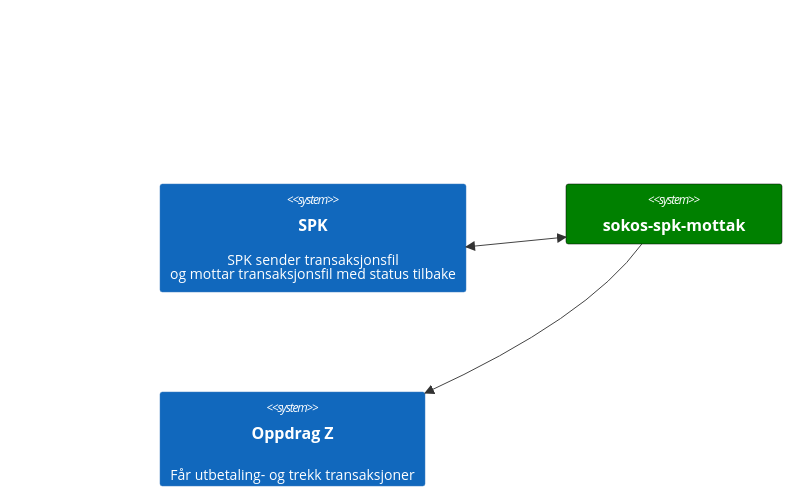
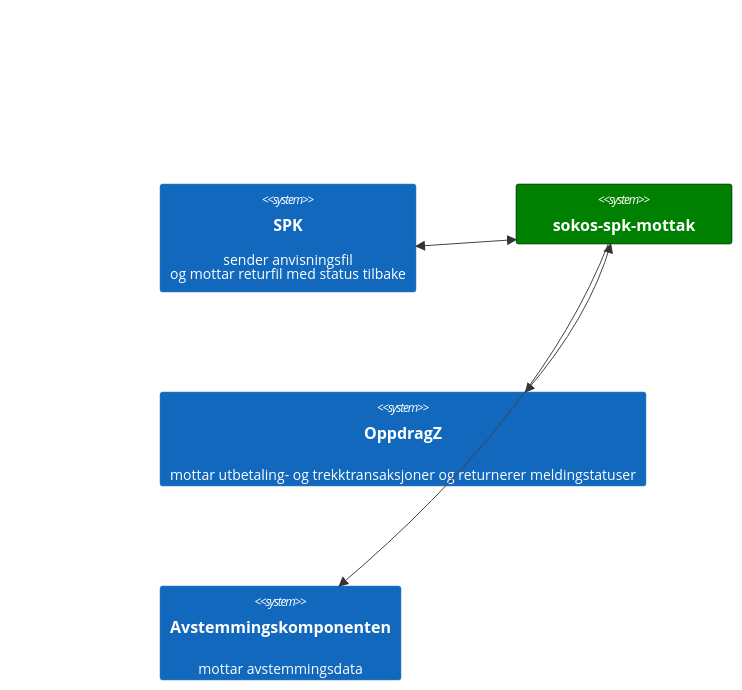
Before and after one commit to navikt/sokos-spk-mottak: the diagram in dokumentasjon/løsningsbeskrivelse/overordnet/avhengighetskart.md, drawn with Mermaid. The commit also changed 14 other files, not shown here.

Commit message:
revisjon av flowchart, overordnet og avhengighetskart og nye detaljerte tjenestebeskivelser

`````diff
--- a/dokumentasjon/løsningsbeskrivelse/overordnet/avhengighetskart.md
+++ b/dokumentasjon/løsningsbeskrivelse/overordnet/avhengighetskart.md
@@ -3,12 +3,12 @@
 ````mermaid
     C4Context
     UpdateLayoutConfig($c4ShapeInRow="2", $c4BoundaryInRow="2")
-
-    System(spk, "SPK", "SPK sender transaksjonsfil<br>og mottar transaksjonsfil med status tilbake")
+    System(spk, "SPK", "sender anvisningsfil<br>og mottar returfil med status tilbake")
     System(sokos-spk-mottak, "sokos-spk-mottak", "")
     UpdateElementStyle(sokos-spk-mottak, $fontColor="white", $bgColor="green", $borderColor="black")
-    System(oppdragZ, "Oppdrag Z", "Får utbetaling- og trekk transaksjoner")
-
+    System(oppdragZ, "OppdragZ", "mottar utbetaling- og trekktransaksjoner og returnerer meldingstatuser")
+    System(Avstemming, "Avstemmingskomponenten", "mottar avstemmingsdata")
     BiRel(spk, sokos-spk-mottak, "")
-    Rel(sokos-spk-mottak, oppdragZ, "")
+    BiRel(sokos-spk-mottak, oppdragZ, "")
+    Rel(sokos-spk-mottak, Avstemming, "")
 ````
`````
